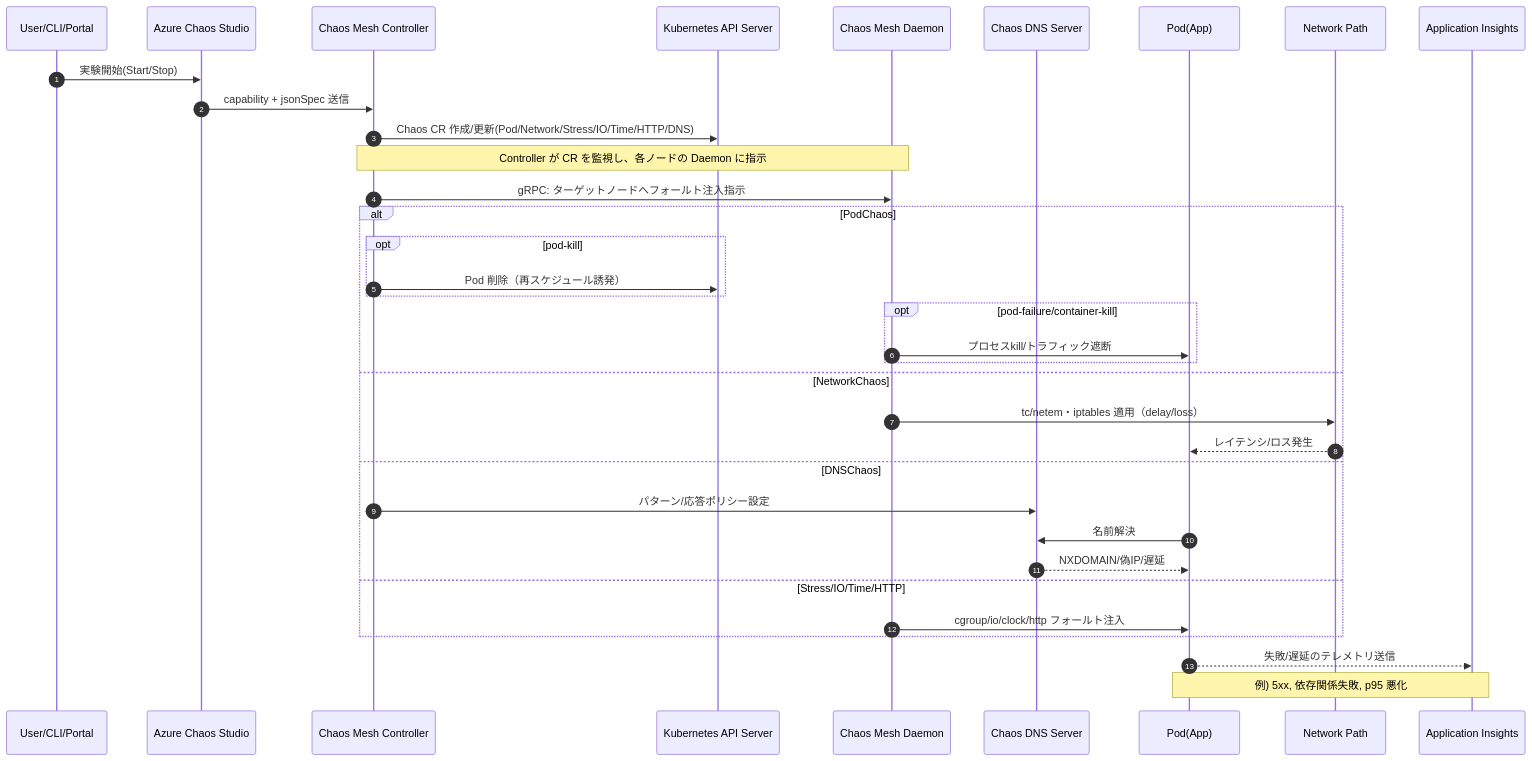
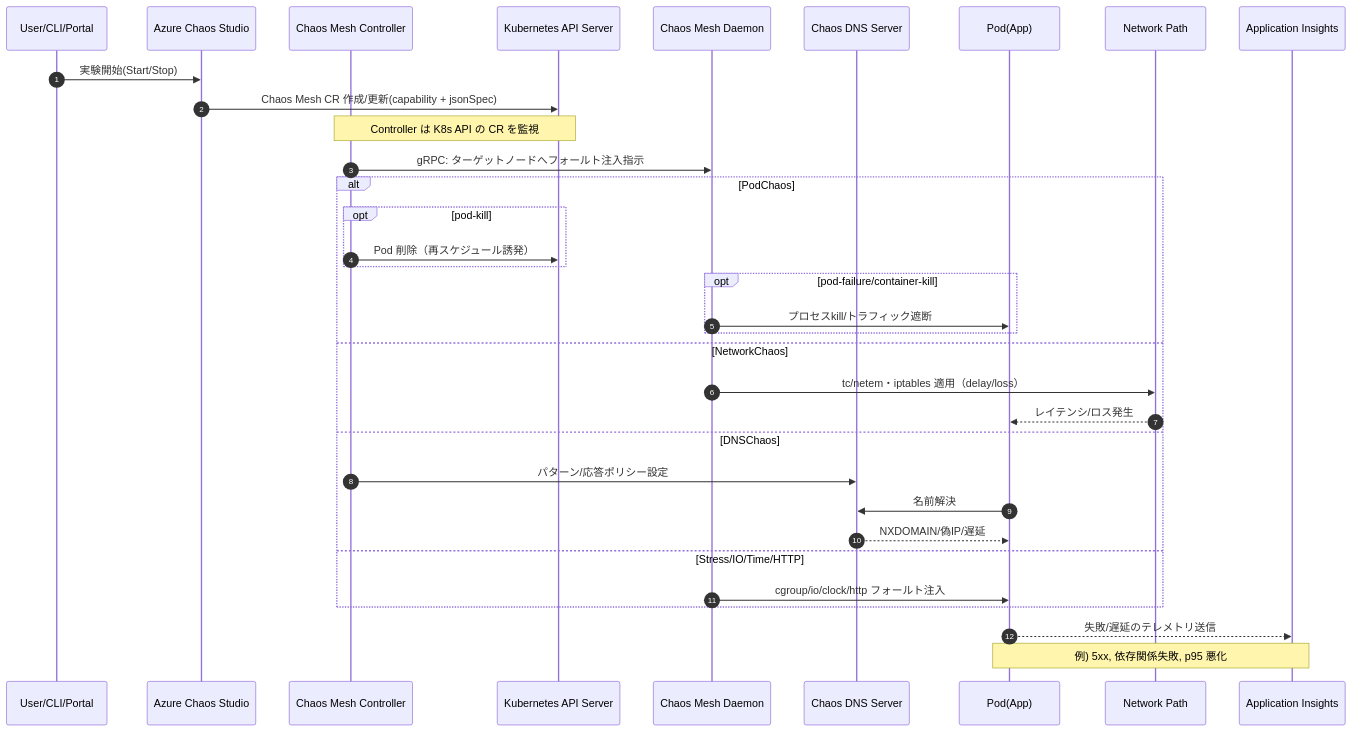
One commit to torumakabe/aks-chaos-lab changed the third of 4 diagrams in docs/design.md. Above: the diagram before and after it, drawn with Mermaid.

Commit message:
docs: clarify dataflow

````diff
--- a/docs/design.md
+++ b/docs/design.md
@@ -61,40 +61,39 @@
 ```mermaid
 sequenceDiagram
   autonumber
   participant U as User/CLI/Portal
   participant CS as Azure Chaos Studio
   participant CMC as Chaos Mesh Controller
   participant KAPI as Kubernetes API Server
   participant CMD as Chaos Mesh Daemon
   participant DNS as Chaos DNS Server
   participant P as Pod(App)
   participant NET as Network Path
   participant APPINS as Application Insights
 
   U->>CS: 実験開始(Start/Stop)
-  CS->>CMC: capability + jsonSpec 送信
-  CMC->>KAPI: Chaos CR 作成/更新(Pod/Network/Stress/IO/Time/HTTP/DNS)
-  note over CMC,CMD: Controller が CR を監視し、各ノードの Daemon に指示
+  CS->>KAPI: Chaos Mesh CR 作成/更新(capability + jsonSpec)
+  note over CMC,KAPI: Controller は K8s API の CR を監視
   CMC->>CMD: gRPC: ターゲットノードへフォールト注入指示
 
   alt PodChaos
     opt pod-kill
       CMC->>KAPI: Pod 削除（再スケジュール誘発）
     end
     opt pod-failure/container-kill
       CMD->>P: プロセスkill/トラフィック遮断
     end
   else NetworkChaos
     CMD->>NET: tc/netem・iptables 適用（delay/loss）
     NET-->>P: レイテンシ/ロス発生
   else DNSChaos
     CMC->>DNS: パターン/応答ポリシー設定
     P->>DNS: 名前解決
     DNS-->>P: NXDOMAIN/偽IP/遅延
   else Stress/IO/Time/HTTP
     CMD->>P: cgroup/io/clock/http フォールト注入
   end
 
   P-->>APPINS: 失敗/遅延のテレメトリ送信
   note over P,APPINS: 例) 5xx, 依存関係失敗, p95 悪化
 ```
````
